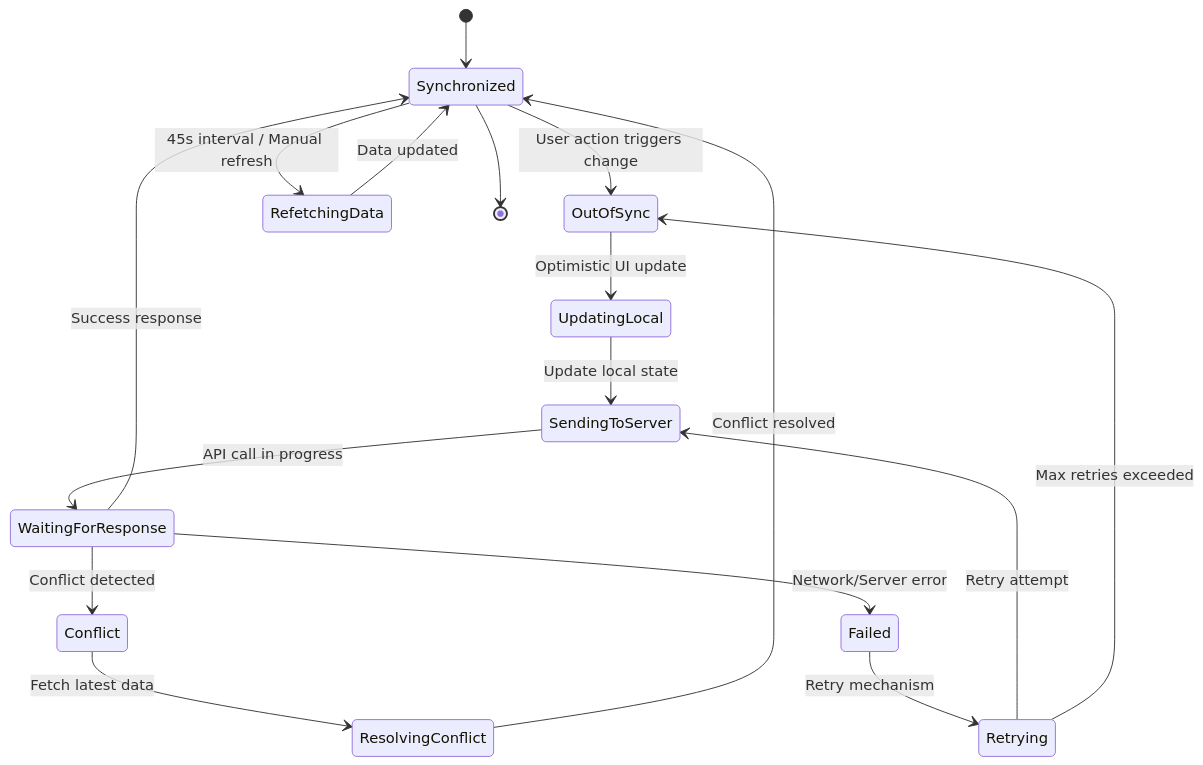
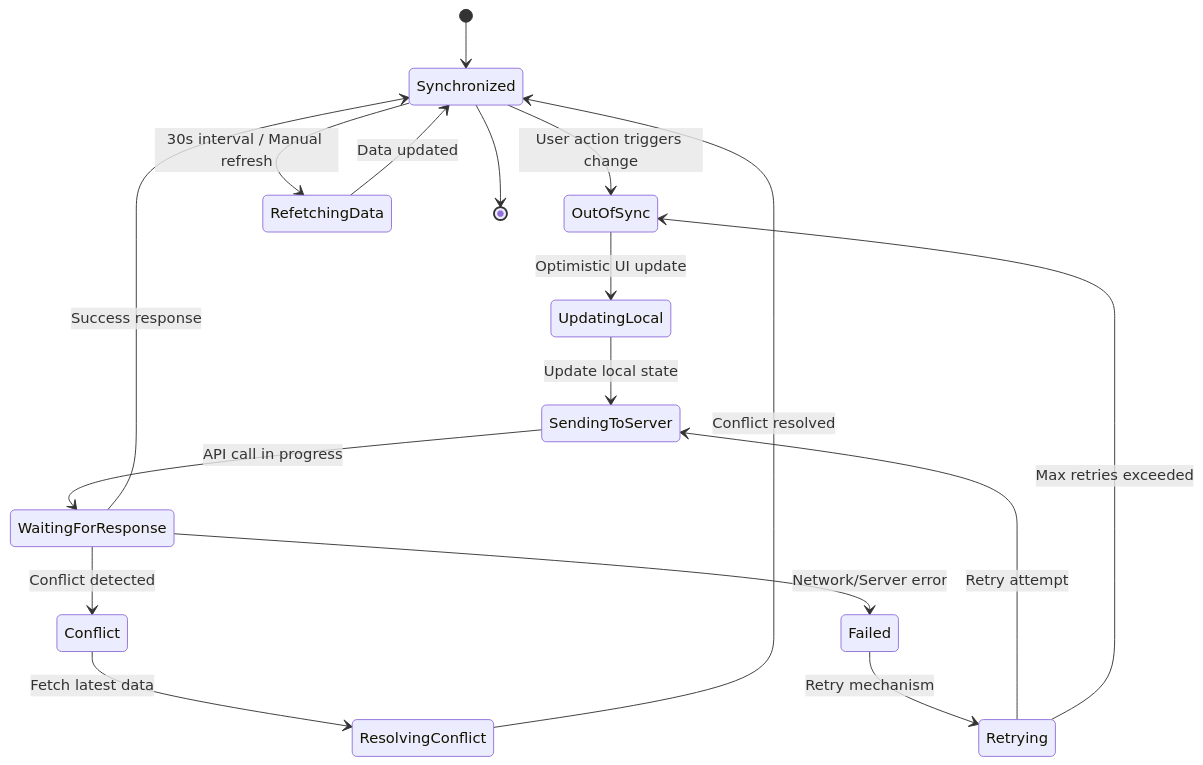
Before and after one commit to shubhamsp012/wallet-stock-quest: the fifth of 5 diagrams in docs/state-diagrams.md, drawn with Mermaid. The commit also changed other lines of this file and 5 other files, not shown here.

Commit message:
Add UML diagrams

````diff
--- a/docs/state-diagrams.md
+++ b/docs/state-diagrams.md
@@ -160,27 +160,27 @@
 ```mermaid
 stateDiagram-v2
     [*] --> Synchronized
     
     Synchronized --> OutOfSync: User action triggers change
     
     OutOfSync --> UpdatingLocal: Optimistic UI update
     UpdatingLocal --> SendingToServer: Update local state
     
     SendingToServer --> WaitingForResponse: API call in progress
     
     WaitingForResponse --> Synchronized: Success response
     WaitingForResponse --> Conflict: Conflict detected
     WaitingForResponse --> Failed: Network/Server error
     
     Failed --> Retrying: Retry mechanism
     Retrying --> SendingToServer: Retry attempt
     Retrying --> OutOfSync: Max retries exceeded
     
     Conflict --> ResolvingConflict: Fetch latest data
     ResolvingConflict --> Synchronized: Conflict resolved
     
-    Synchronized --> RefetchingData: 45s interval / Manual refresh
+    Synchronized --> RefetchingData: 30s interval / Manual refresh
     RefetchingData --> Synchronized: Data updated
     
     Synchronized --> [*]
 ```
````
